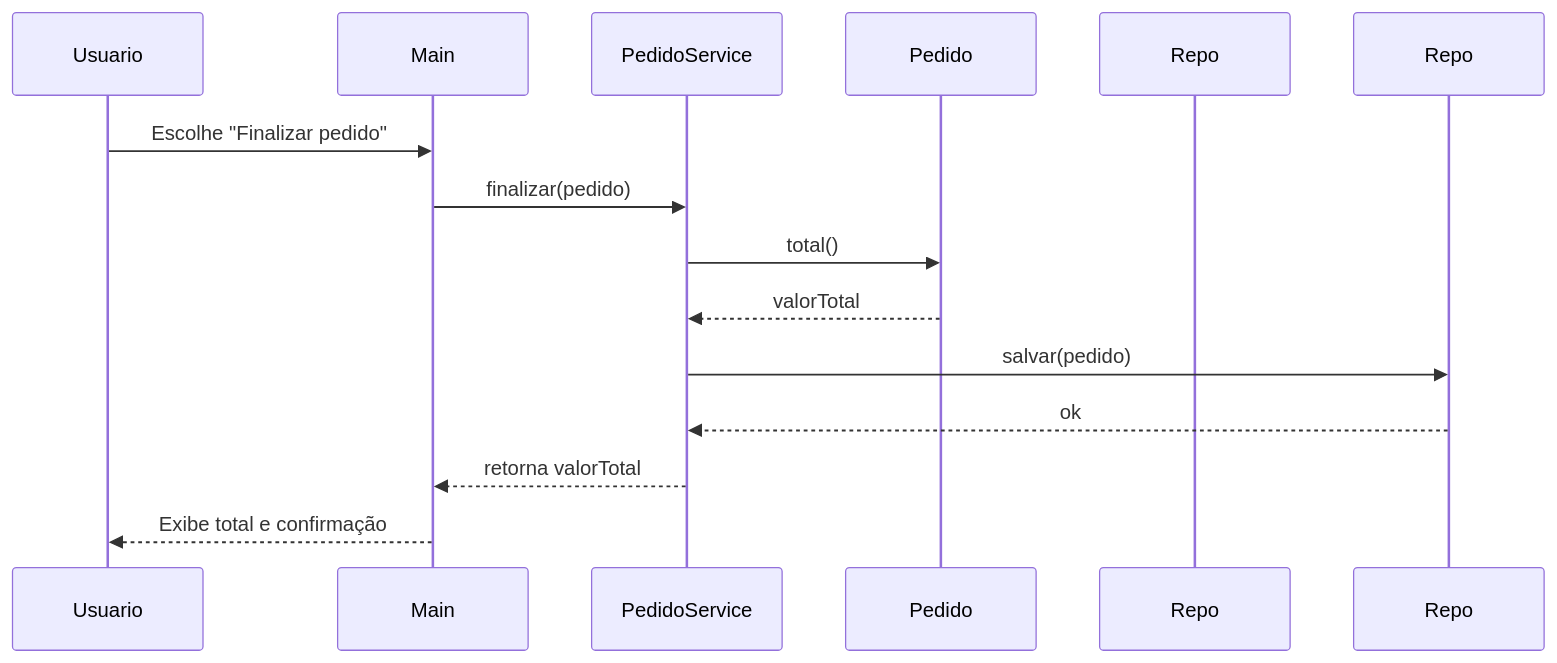
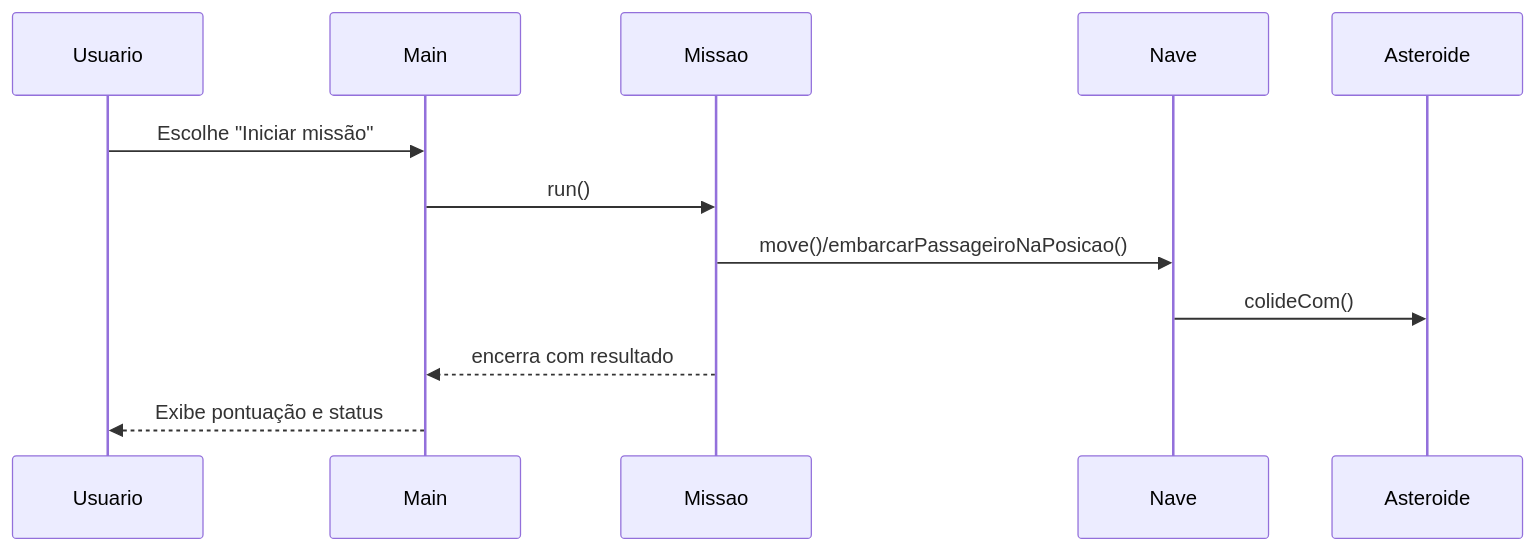
Before and after one commit to ProfBezerra/T200-ProjArqSist: the fourth of 4 diagrams in missaoMarteUnifor/OO/apostila_oo_java_projeto_arquitetura.md, drawn with Mermaid. The commit also changed other lines of this file and 11 other files, not shown here.

````diff
--- a/missaoMarteUnifor/OO/apostila_oo_java_projeto_arquitetura.md
+++ b/missaoMarteUnifor/OO/apostila_oo_java_projeto_arquitetura.md
@@ -571,17 +617,15 @@
 ```mermaid
 sequenceDiagram
     participant Usuario
     participant Main
-    participant PedidoService
-    participant Pedido
-    participant PedidoRepository as Repo
+    participant Missao
+    participant Nave
+    participant Asteroide
 
-    Usuario->>Main: Escolhe "Finalizar pedido"
-    Main->>PedidoService: finalizar(pedido)
-    PedidoService->>Pedido: total()
-    Pedido-->>PedidoService: valorTotal
-    PedidoService->>Repo: salvar(pedido)
-    Repo-->>PedidoService: ok
-    PedidoService-->>Main: retorna valorTotal
-    Main-->>Usuario: Exibe total e confirmação
+    Usuario->>Main: Escolhe "Iniciar missão"
+    Main->>Missao: run()
+    Missao->>Nave: move()/embarcarPassageiroNaPosicao()
+    Nave->>Asteroide: colideCom()
+    Missao-->>Main: encerra com resultado
+    Main-->>Usuario: Exibe pontuação e status
 ```
````
